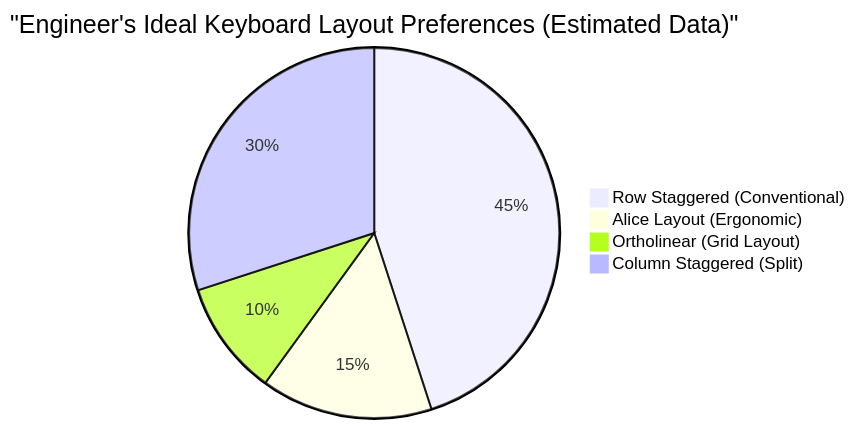
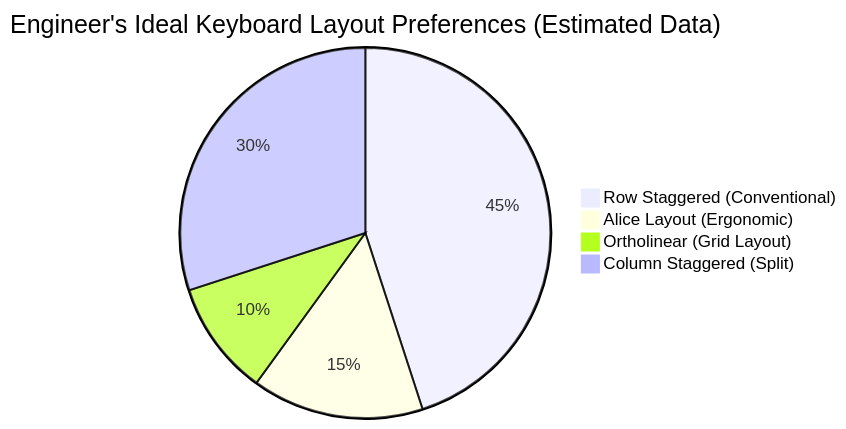
One commit to kenjinote/blog changed the third of 3 diagrams in content/post/mechanical_keyboards/index.en.md. Above: the diagram before and after it, drawn with Mermaid. The commit also changed other lines of this file and 703 other files, not shown here.

Commit message:
Fix: Remove quotes from Mermaid link texts and timeline definitions to support Mermaid 11.4.1

````diff
--- a/content/post/mechanical_keyboards/index.en.md
+++ b/content/post/mechanical_keyboards/index.en.md
@@ -127,7 +127,7 @@
 ```mermaid
-pie title "Engineer's Ideal Keyboard Layout Preferences (Estimated Data)"
+pie title Engineer's Ideal Keyboard Layout Preferences (Estimated Data)
     "Row Staggered (Conventional)" : 45
     "Alice Layout (Ergonomic)" : 15
     "Ortholinear (Grid Layout)" : 10
     "Column Staggered (Split)" : 30
 ```
````
